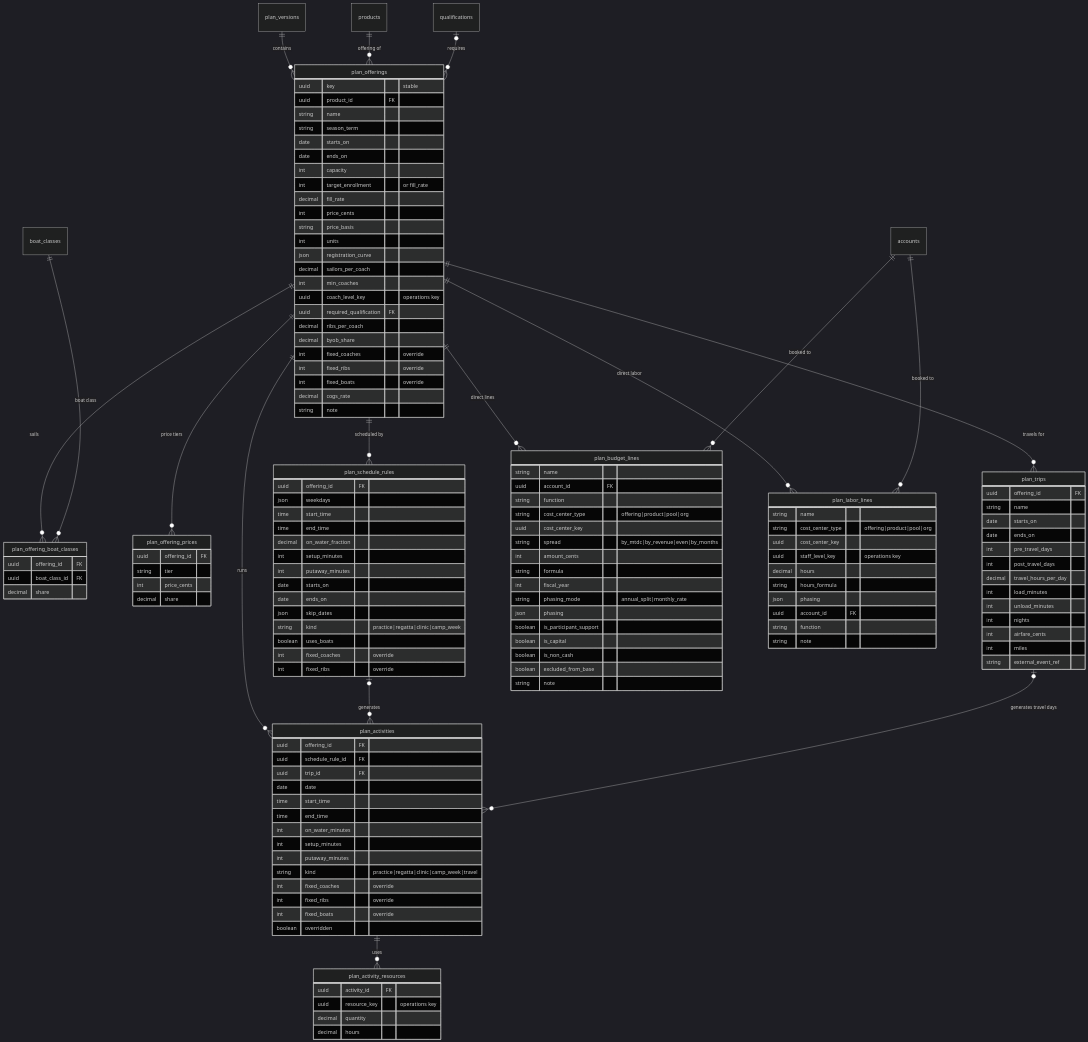
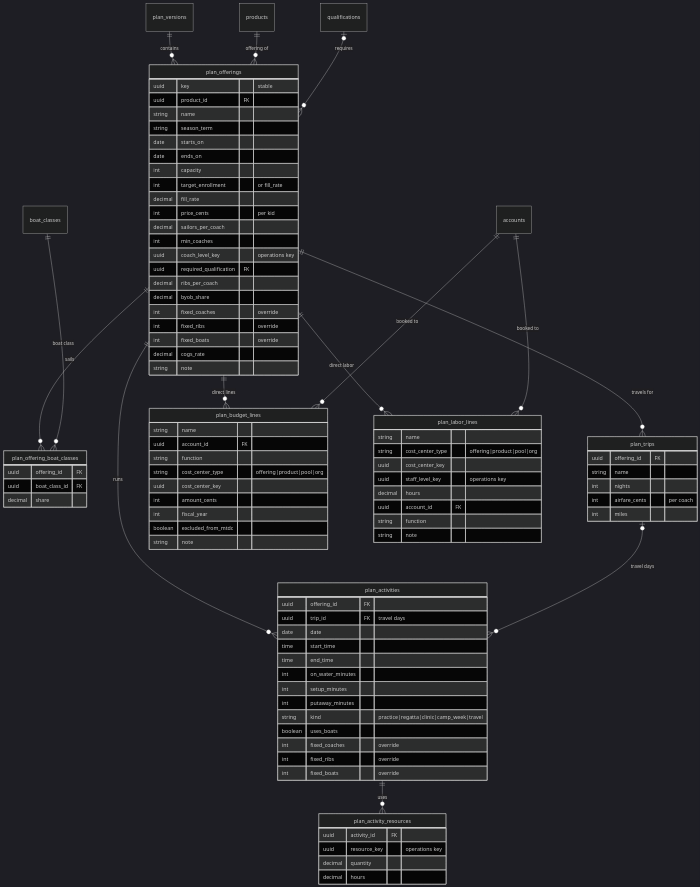
Before and after one commit to cyc-seattle/platform: the third of 5 diagrams in docs/planning-schema.md, drawn with Mermaid (dark theme). The commit also changed other lines of this file and 56 other files, not shown here.

````diff
--- a/docs/planning-schema.md
+++ b/docs/planning-schema.md
@@ -160,12 +173,9 @@
     qualifications |o--o{ plan_offerings : requires
     plan_offerings ||--o{ plan_offering_boat_classes : sails
     boat_classes ||--o{ plan_offering_boat_classes : "boat class"
-    plan_offerings ||--o{ plan_offering_prices : "price tiers"
-    plan_offerings ||--o{ plan_schedule_rules : "scheduled by"
+    plan_offerings ||--o{ plan_activities : runs
     plan_offerings ||--o{ plan_trips : "travels for"
-    plan_offerings ||--o{ plan_activities : runs
-    plan_schedule_rules |o--o{ plan_activities : generates
-    plan_trips |o--o{ plan_activities : "generates travel days"
+    plan_trips |o--o{ plan_activities : "travel days"
     plan_activities ||--o{ plan_activity_resources : uses
     plan_offerings ||--o{ plan_budget_lines : "direct lines"
     plan_offerings ||--o{ plan_labor_lines : "direct labor"
@@ -182,10 +192,7 @@
         int capacity
         int target_enrollment "or fill_rate"
         decimal fill_rate
-        int price_cents
-        string price_basis
-        int units
-        json registration_curve
+        int price_cents "per kid"
         decimal sailors_per_coach
         int min_coaches
         uuid coach_level_key "operations key"
@@ -203,47 +210,9 @@
         uuid boat_class_id FK
         decimal share
     }
-    plan_offering_prices {
-        uuid offering_id FK
-        string tier
-        int price_cents
-        decimal share
-    }
-    plan_schedule_rules {
-        uuid offering_id FK
-        json weekdays
-        time start_time
-        time end_time
-        decimal on_water_fraction
-        int setup_minutes
-        int putaway_minutes
-        date starts_on
-        date ends_on
-        json skip_dates
-        string kind "practice|regatta|clinic|camp_week"
-        boolean uses_boats
-        int fixed_coaches "override"
-        int fixed_ribs "override"
-    }
-    plan_trips {
-        uuid offering_id FK
-        string name
-        date starts_on
-        date ends_on
-        int pre_travel_days
-        int post_travel_days
-        decimal travel_hours_per_day
-        int load_minutes
-        int unload_minutes
-        int nights
-        int airfare_cents
-        int miles
-        string external_event_ref
-    }
     plan_activities {
         uuid offering_id FK
-        uuid schedule_rule_id FK
-        uuid trip_id FK
+        uuid trip_id FK "travel days"
         date date
         time start_time
         time end_time
@@ -251,10 +220,17 @@
         int setup_minutes
         int putaway_minutes
         string kind "practice|regatta|clinic|camp_week|travel"
+        boolean uses_boats
         int fixed_coaches "override"
         int fixed_ribs "override"
         int fixed_boats "override"
-        boolean overridden
+    }
+    plan_trips {
+        uuid offering_id FK
+        string name
+        int nights
+        int airfare_cents "per coach"
+        int miles
     }
     plan_activity_resources {
         uuid activity_id FK
@@ -268,8 +244,6 @@
         uuid cost_center_key
         uuid staff_level_key "operations key"
         decimal hours
-        string hours_formula
-        json phasing
         uuid account_id FK
         string function
         string note
@@ -280,16 +254,9 @@
         string function
         string cost_center_type "offering|product|pool|org"
         uuid cost_center_key
-        string spread "by_mtdc|by_revenue|even|by_months"
         int amount_cents
-        string formula
         int fiscal_year
-        string phasing_mode "annual_split|monthly_rate"
-        json phasing
-        boolean is_participant_support
-        boolean is_capital
-        boolean is_non_cash
-        boolean excluded_from_base
+        boolean excluded_from_mtdc
         string note
     }
 ```
````
